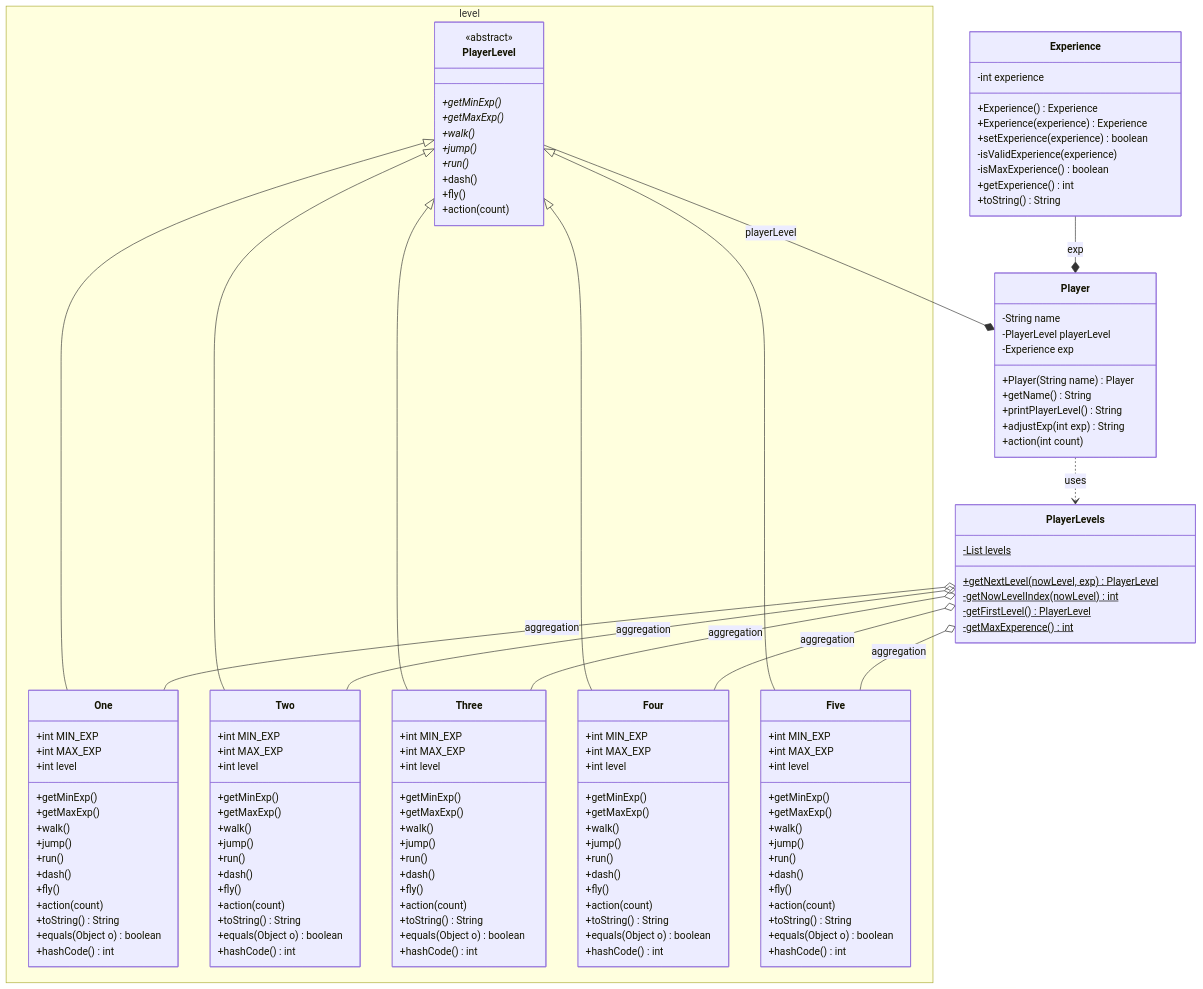
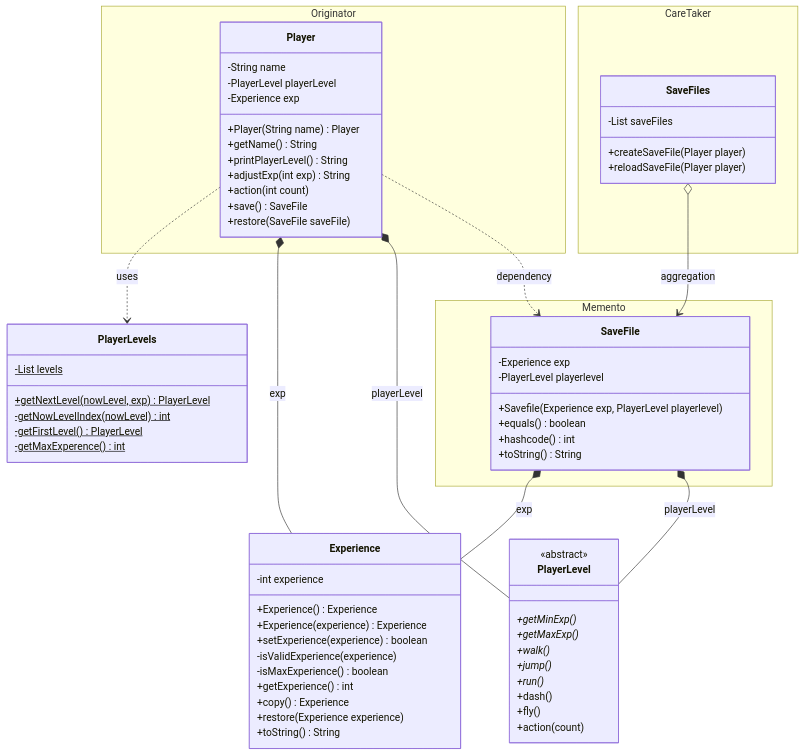
Before and after one commit to SeungHeeNoh/designPattern: the diagram in MementoPattern/README.md, drawn with Mermaid. The commit also changed other lines of this file, not shown here.

Commit message:
feat: Memento Pattern 구현 > reamdme.md 작성
- 프로젝트 설명
- class 설명
- class diagram

````diff
--- a/MementoPattern/README.md
+++ b/MementoPattern/README.md
@@ -17,22 +13,17 @@
 ```mermaid
 classDiagram
-    Experience --* Player : exp
-    PlayerLevel --* Player : playerLevel
+    Player ..> PlayerLevels : uses
+    SaveFiles o--> SaveFile : aggregation
+
+    Player *-- Experience : exp
+    Player *-- PlayerLevel : playerLevel
+
+    SaveFile *-- Experience : exp
+    SaveFile *-- PlayerLevel : playerLevel
     
-    
-    PlayerLevel  <|-- One
-    PlayerLevel  <|-- Two
-    PlayerLevel  <|-- Three
-    PlayerLevel  <|-- Four
-    PlayerLevel  <|-- Five
-    
-    Player ..> PlayerLevels : uses
-    PlayerLevels o-- One : aggregation
-    PlayerLevels o-- Two : aggregation
-    PlayerLevels o-- Three : aggregation
-    PlayerLevels o-- Four : aggregation
-    PlayerLevels o-- Five : aggregation
+    Player ..> SaveFile : dependency
 
+    namespace Originator {
     class Player {
         -String name
         -PlayerLevel playerLevel
@@ -42,7 +33,32 @@
         +printPlayerLevel() String
         +adjustExp(int exp) String
         +action(int count)
+        +save() SaveFile
+        +restore(SaveFile saveFile)
     }
+}
+
+
+namespace Memento {
+    class SaveFile {
+        -Experience exp
+        -PlayerLevel playerlevel
+        +Savefile(Experience exp, PlayerLevel playerlevel)
+        +equals() boolean
+        +hashcode() int
+        +toString() String
+    }
+
+}
+
+namespace CareTaker {
+    class SaveFiles {
+        -List<SaveFile> saveFiles
+        +createSaveFile(Player player)
+        +reloadSaveFile(Player player)
+    }
+}
+
 
     class Experience {
         -int experience
@@ -52,9 +68,11 @@
         -isValidExperience(experience)
         -isMaxExperience() boolean
         +getExperience() int
+        +copy() Experience
+        +restore(Experience experience)
         +toString() String
     }
-    
+
     class PlayerLevels {
         -List<PlayerLevel> levels$
         +getNextLevel(nowLevel, exp) PlayerLevel$
@@ -63,7 +81,6 @@
         -getMaxExperence() int$
     }
 
-namespace level {
     class PlayerLevel {
         <<abstract>>
         +getMinExp()*
@@ -75,90 +92,4 @@
         +fly()
         +action(count)
     }
-
-    class One {
-        +int MIN_EXP
-        +int MAX_EXP
-        +int level
-        +getMinExp()
-        +getMaxExp()
-        +walk()
-        +jump()
-        +run()
-        +dash()
-        +fly()
-        +action(count)
-        +toString() String
-        +equals(Object o) boolean
-        +hashCode() int
-    }
-    
-    class Two {
-        +int MIN_EXP
-        +int MAX_EXP
-        +int level
-        +getMinExp()
-        +getMaxExp()
-        +walk()
-        +jump()
-        +run()
-        +dash()
-        +fly()
-        +action(count)
-        +toString() String
-        +equals(Object o) boolean
-        +hashCode() int
-    }
-
-    class Three {
-        +int MIN_EXP
-        +int MAX_EXP
-        +int level
-        +getMinExp()
-        +getMaxExp()
-        +walk()
-        +jump()
-        +run()
-        +dash()
-        +fly()
-        +action(count)
-        +toString() String
-        +equals(Object o) boolean
-        +hashCode() int
-    }
-
-    class Four {
-        +int MIN_EXP
-        +int MAX_EXP
-        +int level
-        +getMinExp()
-        +getMaxExp()
-        +walk()
-        +jump()
-        +run()
-        +dash()
-        +fly()
-        +action(count)
-        +toString() String
-        +equals(Object o) boolean
-        +hashCode() int
-    }
-
-    class Five {
-        +int MIN_EXP
-        +int MAX_EXP
-        +int level
-        +getMinExp()
-        +getMaxExp()
-        +walk()
-        +jump()
-        +run()
-        +dash()
-        +fly()
-        +action(count)
-        +toString() String
-        +equals(Object o) boolean
-        +hashCode() int
-    }
-}
 ```
````
